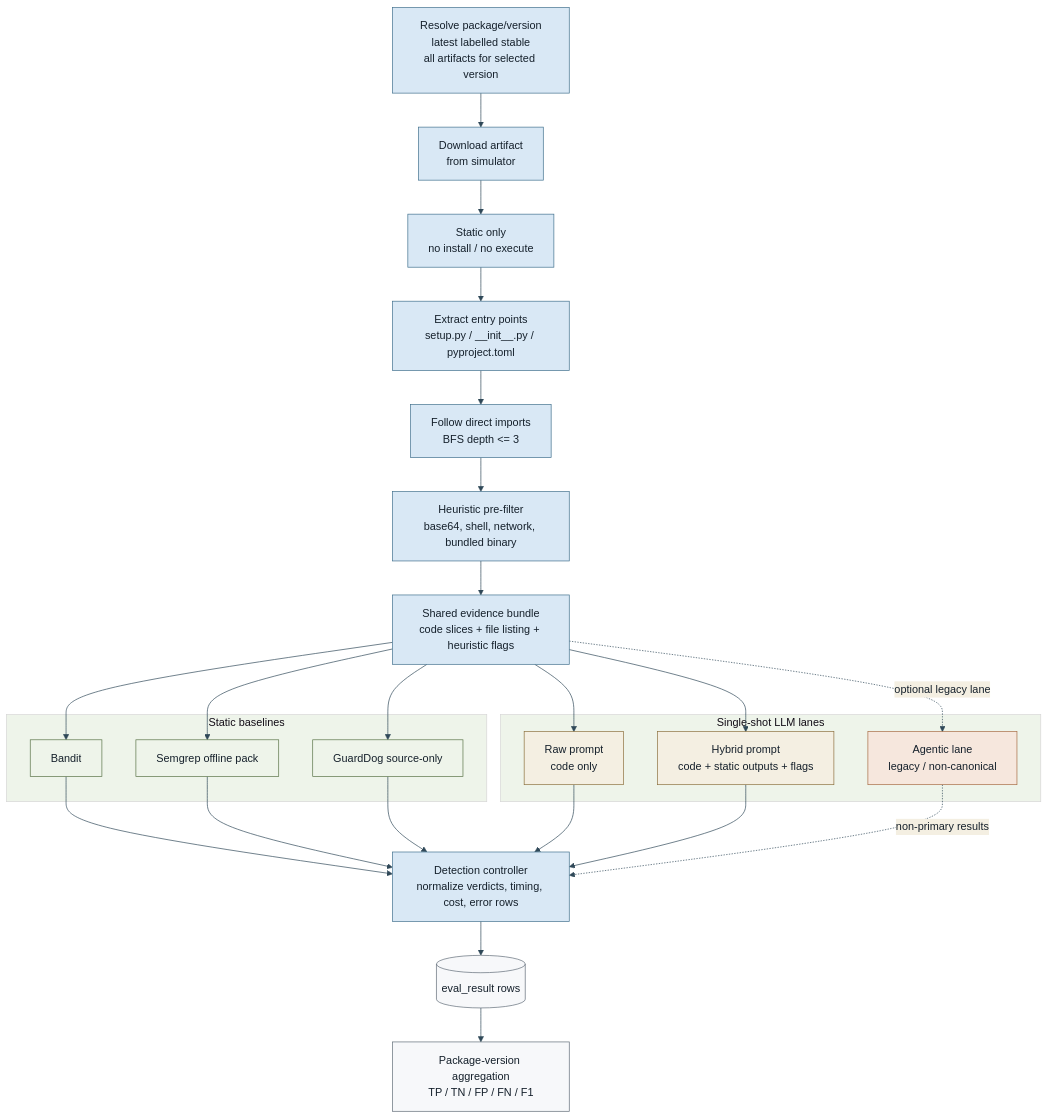
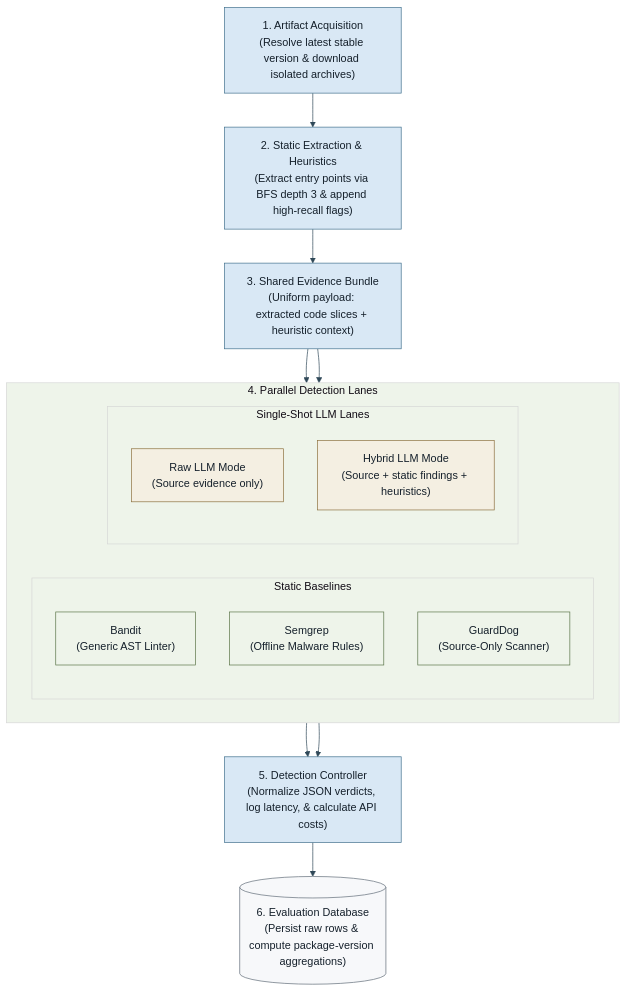
Before and after one commit to Alexander-Mani/PyPI-LABS: the diagram in docs/diagrams/mermaid/analyzer_pipeline.mmd, drawn with Mermaid. The commit also changed 3 other files, not shown here.

First line of the commit message:
Refresh Mermaid diagram sources to match the current system shape

```diff
--- a/docs/diagrams/mermaid/analyzer_pipeline.mmd
+++ b/docs/diagrams/mermaid/analyzer_pipeline.mmd
@@ -1,52 +1,41 @@
 %%{init: {'theme': 'base', 'themeVariables': { 'primaryColor': '#d9e8f5', 'primaryTextColor': '#15202b', 'primaryBorderColor': '#3f6f8c', 'lineColor': '#2f4858', 'secondaryColor': '#f4efe2', 'tertiaryColor': '#eef4ea', 'fontFamily': 'Helvetica' }}}%%
-flowchart TB
+flowchart TD
     classDef service fill:#d9e8f5,stroke:#3f6f8c,stroke-width:1px,color:#15202b;
     classDef static fill:#eef4ea,stroke:#587246,stroke-width:1px,color:#15202b;
     classDef llm fill:#f4efe2,stroke:#8b6f3d,stroke-width:1px,color:#15202b;
-    classDef legacy fill:#f6e7dd,stroke:#a66a41,stroke-width:1px,color:#15202b;
     classDef output fill:#f7f8fa,stroke:#5f6b76,stroke-width:1px,color:#15202b;
 
-    RES["Resolve package/version<br/>latest labelled stable<br/>all artifacts for selected version"]
-    DLOAD["Download artifact<br/>from simulator"]
-    SAFE["Static only<br/>no install / no execute"]
-    EXT["Extract entry points<br/>setup.py / __init__.py / pyproject.toml"]
-    BFS["Follow direct imports<br/>BFS depth <= 3"]
-    HEUR["Heuristic pre-filter<br/>base64, shell, network, bundled binary"]
-    EVID["Shared evidence bundle<br/>code slices + file listing + heuristic flags"]
+    ACQ["1. Artifact Acquisition<br/>(Resolve latest stable version & download isolated archives)"]
+    EXTRACT["2. Static Extraction & Heuristics<br/>(Extract entry points via BFS depth 3 & append high-recall flags)"]
+    EVID["3. Shared Evidence Bundle<br/>(Uniform payload: extracted code slices + heuristic context)"]
 
-    subgraph STATIC[Static baselines]
-        BAND["Bandit"]
-        SEM["Semgrep offline pack"]
-        GD["GuardDog source-only"]
+    subgraph DETECTORS[4. Parallel Detection Lanes]
+        direction LR
+        subgraph STATIC[Static Baselines]
+            BAND["Bandit<br/>(Generic AST Linter)"]
+            SEM["Semgrep<br/>(Offline Malware Rules)"]
+            GD["GuardDog<br/>(Source-Only Scanner)"]
+        end
+        subgraph LLM[Single-Shot LLM Lanes]
+            RAW["Raw LLM Mode<br/>(Source evidence only)"]
+            HYB["Hybrid LLM Mode<br/>(Source + static findings + heuristics)"]
+        end
     end
 
-    subgraph SINGLE[Single-shot LLM lanes]
-        RAW["Raw prompt<br/>code only"]
-        HYB["Hybrid prompt<br/>code + static outputs + flags"]
-        AG["Agentic lane<br/>legacy / non-canonical"]
-    end
+    CTRL["5. Detection Controller<br/>(Normalize JSON verdicts, log latency, & calculate API costs)"]
+    DB[("6. Evaluation Database<br/>(Persist raw rows & compute package-version aggregations)")]
 
-    CTRL["Detection controller<br/>normalize verdicts, timing, cost, error rows"]
-    ROWS[("eval_result rows")]
-    AGG["Package-version aggregation<br/>TP / TN / FP / FN / F1"]
+    ACQ --> EXTRACT --> EVID
+    
+    EVID --> STATIC
+    EVID --> LLM
+    
+    STATIC --> CTRL
+    LLM --> CTRL
+    
+    CTRL --> DB
 
-    RES --> DLOAD --> SAFE --> EXT --> BFS --> HEUR --> EVID
-    EVID --> BAND
-    EVID --> SEM
-    EVID --> GD
-    EVID --> RAW
-    EVID --> HYB
-    EVID -. optional legacy lane .-> AG
-    BAND --> CTRL
-    SEM --> CTRL
-    GD --> CTRL
-    RAW --> CTRL
-    HYB --> CTRL
-    AG -. non-primary results .-> CTRL
-    CTRL --> ROWS --> AGG
-
-    class RES,DLOAD,SAFE,EXT,BFS,HEUR,EVID,CTRL service;
+    class ACQ,EXTRACT,EVID,CTRL service;
     class BAND,SEM,GD static;
     class RAW,HYB llm;
-    class AG legacy;
-    class ROWS,AGG output;
+    class DB output;
```
